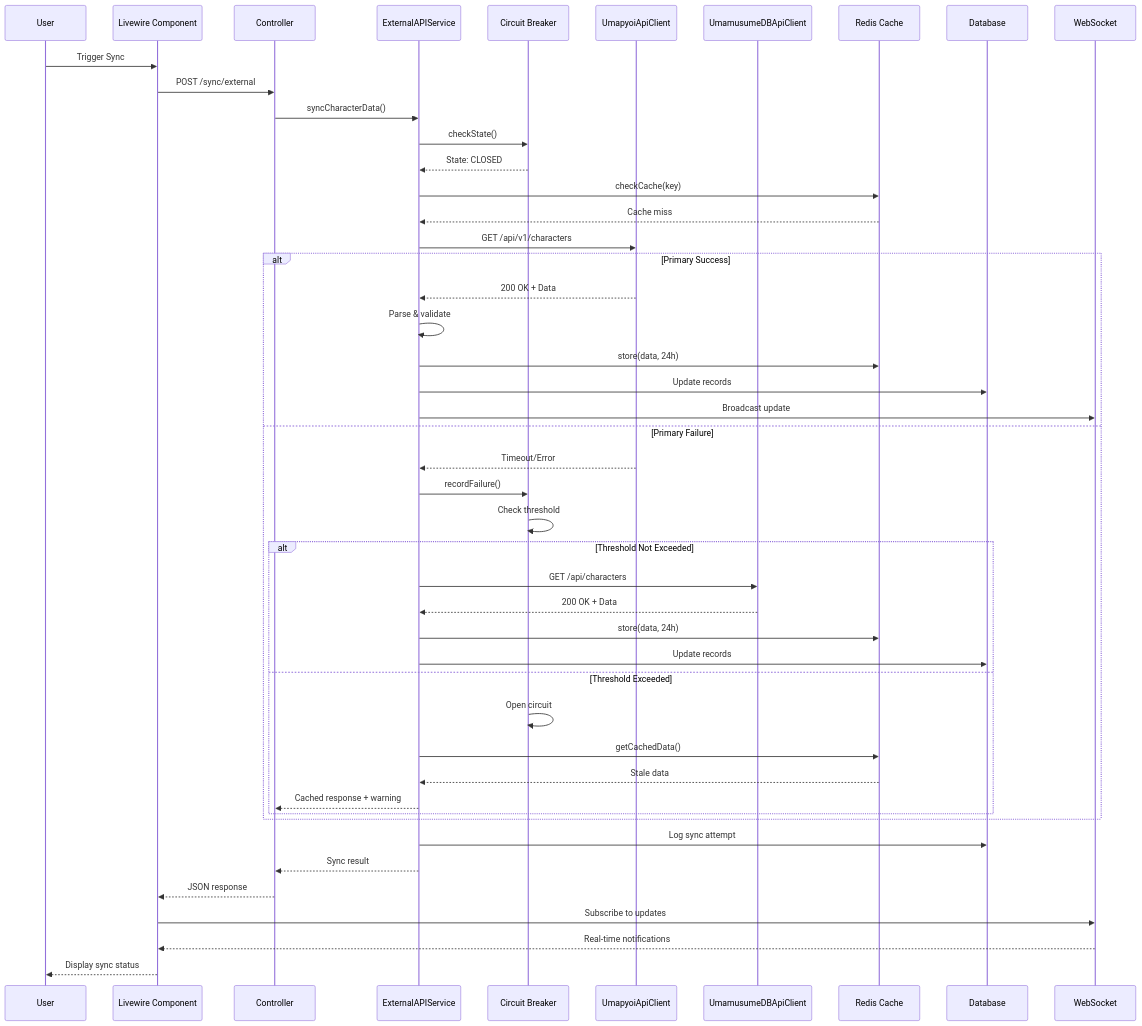
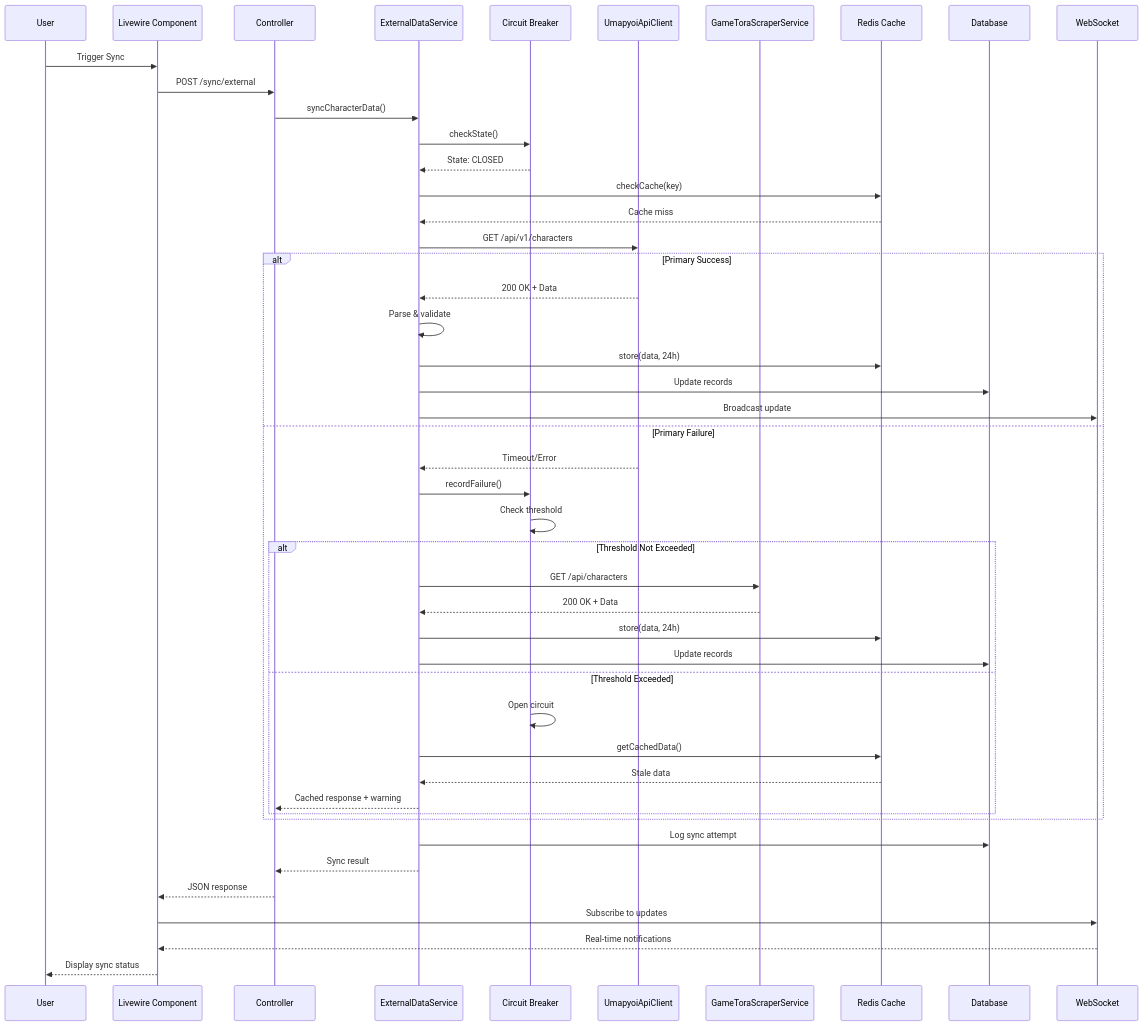
The second of 9 diagrams in docs/01-tech-flow/TECH-FLOW-007_External_Integration_Flow.md (exatfrds67/umamusume-career-planner), drawn with Mermaid before and after one commit. The commit also changed other lines of this file and 111 other files, not shown here.

````diff
--- a/docs/01-tech-flow/TECH-FLOW-007_External_Integration_Flow.md
+++ b/docs/01-tech-flow/TECH-FLOW-007_External_Integration_Flow.md
@@ -151,56 +151,56 @@
 ```mermaid
 sequenceDiagram
     participant User
     participant UI as Livewire Component
     participant Controller
-    participant Service as ExternalAPIService
+    participant Service as ExternalDataService
     participant Circuit as Circuit Breaker
     participant Primary as UmapyoiApiClient
-    participant Fallback as UmamusumeDBApiClient
+    participant Fallback as GameToraScraperService
     participant Cache as Redis Cache
     participant DB as Database
     participant WS as WebSocket
 
     User->>UI: Trigger Sync
     UI->>Controller: POST /sync/external
     Controller->>Service: syncCharacterData()
     
     Service->>Circuit: checkState()
     Circuit-->>Service: State: CLOSED
     
     Service->>Cache: checkCache(key)
     Cache-->>Service: Cache miss
     
     Service->>Primary: GET /api/v1/characters
     
     alt Primary Success
         Primary-->>Service: 200 OK + Data
         Service->>Service: Parse & validate
         Service->>Cache: store(data, 24h)
         Service->>DB: Update records
         Service->>WS: Broadcast update
     else Primary Failure
         Primary-->>Service: Timeout/Error
         Service->>Circuit: recordFailure()
         Circuit->>Circuit: Check threshold
         
         alt Threshold Not Exceeded
             Service->>Fallback: GET /api/characters
             Fallback-->>Service: 200 OK + Data
             Service->>Cache: store(data, 24h)
             Service->>DB: Update records
         else Threshold Exceeded
             Circuit->>Circuit: Open circuit
             Service->>Cache: getCachedData()
             Cache-->>Service: Stale data
             Service-->>Controller: Cached response + warning
         end
     end
     
     Service->>DB: Log sync attempt
     Service-->>Controller: Sync result
     Controller-->>UI: JSON response
     UI->>WS: Subscribe to updates
     WS-->>UI: Real-time notifications
     UI-->>User: Display sync status
 ```
````
